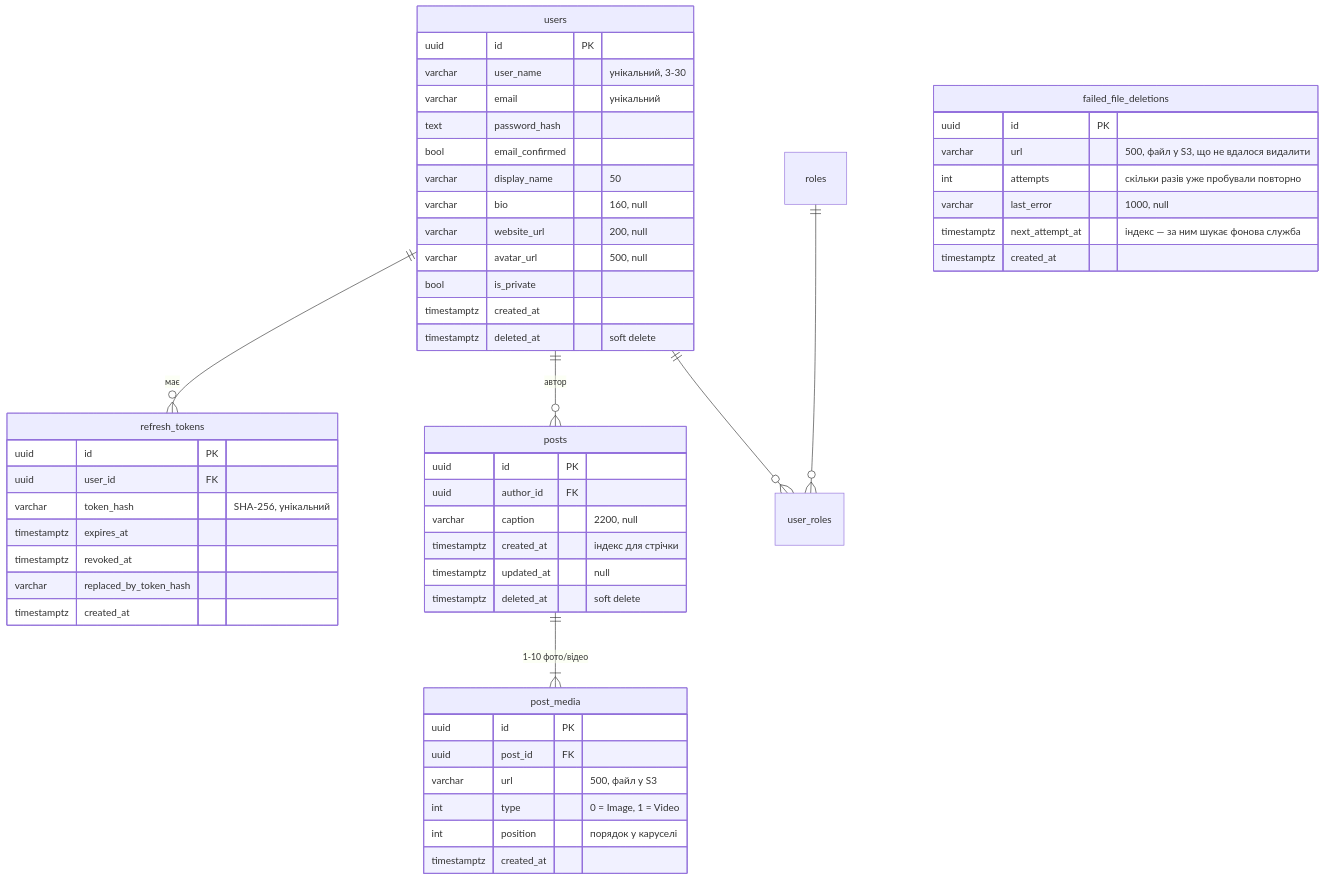
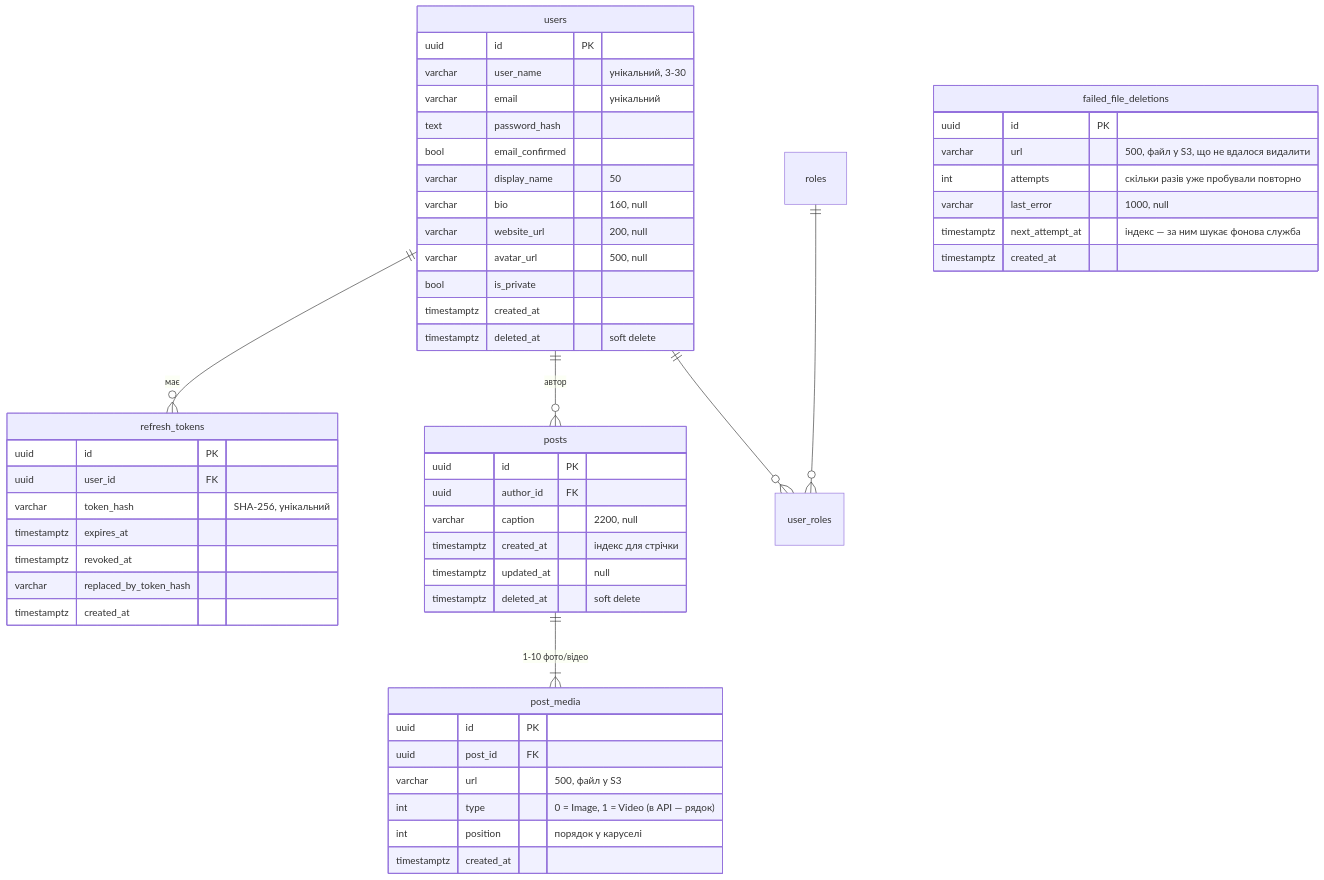
One commit to oket23/Social-Network-Backend changed the third of 3 diagrams in docs/architecture.md. Above: the diagram before and after it, drawn with Mermaid. The commit also changed other lines of this file and 14 other files, not shown here.

````diff
--- a/docs/architecture.md
+++ b/docs/architecture.md
@@ -142,56 +142,56 @@
 ```mermaid
 erDiagram
     users ||--o{ refresh_tokens : "має"
     users ||--o{ posts : "автор"
     posts ||--|{ post_media : "1-10 фото/відео"
     users ||--o{ user_roles : ""
     roles ||--o{ user_roles : ""
 
     users {
         uuid id PK
         varchar user_name "унікальний, 3-30"
         varchar email "унікальний"
         text password_hash
         bool email_confirmed
         varchar display_name "50"
         varchar bio "160, null"
         varchar website_url "200, null"
         varchar avatar_url "500, null"
         bool is_private
         timestamptz created_at
         timestamptz deleted_at "soft delete"
     }
     refresh_tokens {
         uuid id PK
         uuid user_id FK
         varchar token_hash "SHA-256, унікальний"
         timestamptz expires_at
         timestamptz revoked_at
         varchar replaced_by_token_hash
         timestamptz created_at
     }
     posts {
         uuid id PK
         uuid author_id FK
         varchar caption "2200, null"
         timestamptz created_at "індекс для стрічки"
         timestamptz updated_at "null"
         timestamptz deleted_at "soft delete"
     }
     post_media {
         uuid id PK
         uuid post_id FK
         varchar url "500, файл у S3"
-        int type "0 = Image, 1 = Video"
+        int type "0 = Image, 1 = Video (в API — рядок)"
         int position "порядок у каруселі"
         timestamptz created_at
     }
     failed_file_deletions {
         uuid id PK
         varchar url "500, файл у S3, що не вдалося видалити"
         int attempts "скільки разів уже пробували повторно"
         varchar last_error "1000, null"
         timestamptz next_attempt_at "індекс — за ним шукає фонова служба"
         timestamptz created_at
     }
 ```
````
